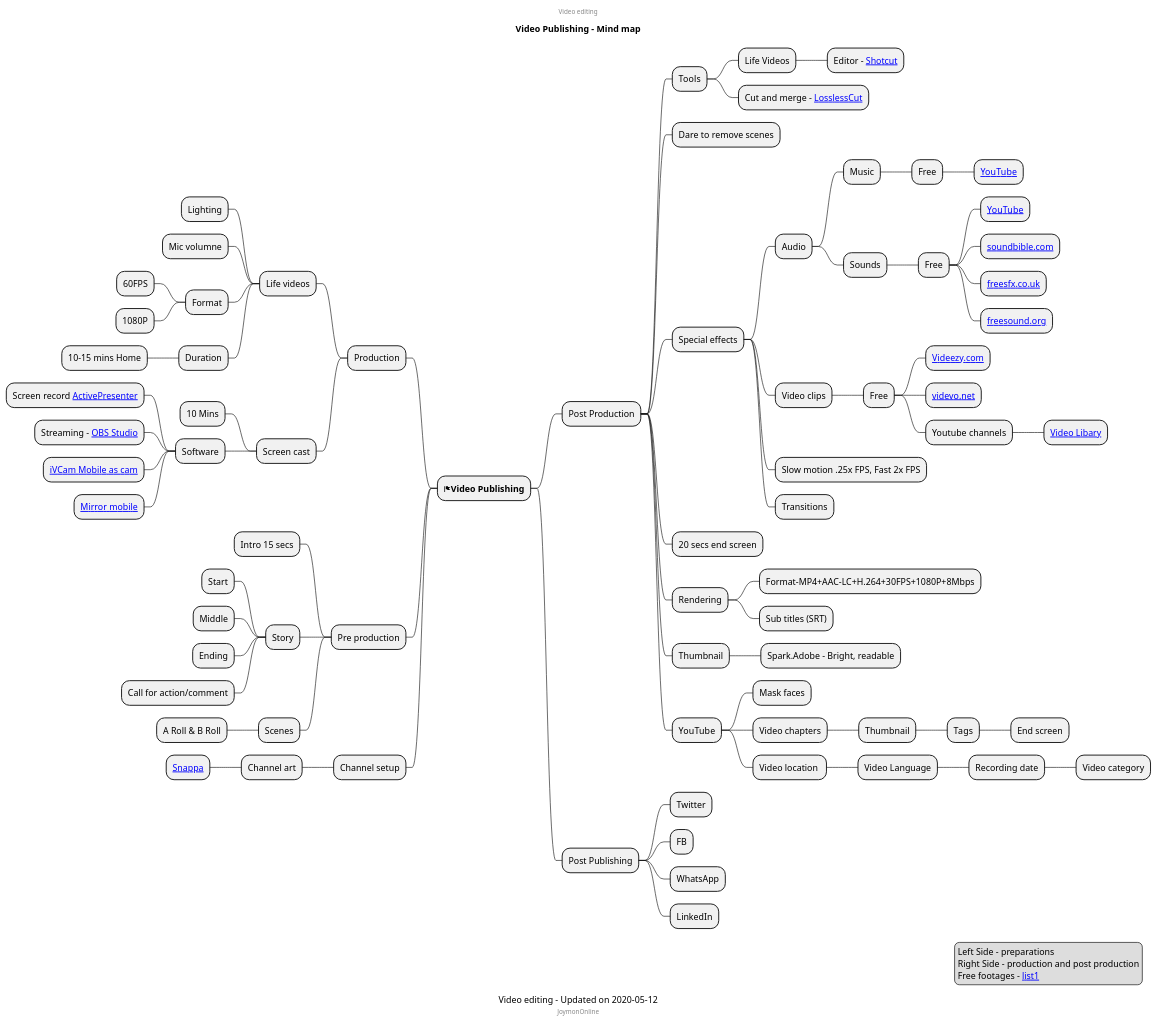
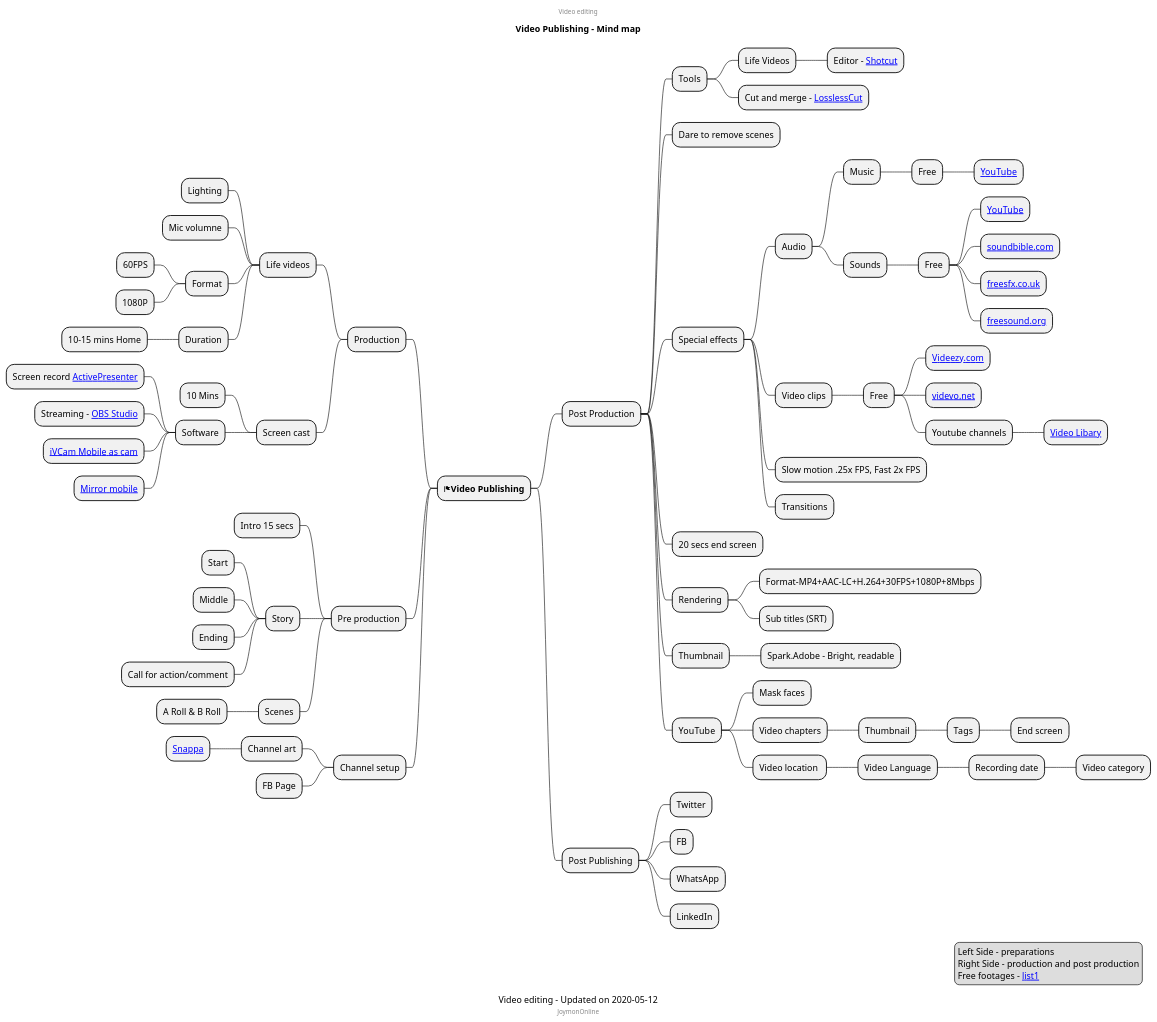
The diagram in media/video/publishing.puml (mind-maps/technology), drawn with PlantUML before and after one commit.

Commit message:
Added FB page to channel setup

```diff
--- a/media/video/publishing.puml
+++ b/media/video/publishing.puml
@@ -1,95 +1,96 @@
 @startmindmap
 caption Video editing - Updated on 2020-05-12
 title Video Publishing - Mind map
 center header
 Video editing
 endheader
 
 * <&flag><b>Video Publishing</b>
 
 ** Post Production
 *** Tools
 **** Life Videos
 ***** Editor - [[https://shotcut.org/download/ Shotcut]]
 **** Cut and merge - [[https://github.com/mifi/lossless-cut/releases LosslessCut]]
 
 *** Dare to remove scenes
 *** Special effects
 **** Audio
 ***** Music
 ****** Free
 ******* [[https://www.youtube.com/audiolibrary/music?nv=1 YouTube]]
 ***** Sounds
 ****** Free
 ******* [[https://www.youtube.com/audiolibrary/soundeffects?nv=1 YouTube]]
 ******* [[https://soundbible.com/ soundbible.com]]
 ******* [[https://freesfx.co.uk/ freesfx.co.uk]]
 ******* [[https://freesound.org/ freesound.org]]
 **** Video clips
 ***** Free
 ****** [[https://www.videezy.com/ Videezy.com]]
 ****** [[https://www.videvo.net/ videvo.net]]
 ****** Youtube channels
 ******* [[https://www.youtube.com/channel/UC8ScFr0TdBPz9bLElei6-VA/videos Video Libary]]
 **** Slow motion .25x FPS, Fast 2x FPS
 **** Transitions
 *** 20 secs end screen
 *** Rendering
 **** Format-MP4+AAC-LC+H.264+30FPS+1080P+8Mbps
 **** Sub titles (SRT)
 *** Thumbnail
 **** Spark.Adobe - Bright, readable
 *** YouTube
 **** Mask faces
 **** Video chapters
 ***** Thumbnail
 ****** Tags
 ******* End screen
 **** Video location 
 ***** Video Language
 ****** Recording date
 ******* Video category
 
 ** Post Publishing
 *** Twitter
 *** FB
 *** WhatsApp
 *** LinkedIn
 
 left side
 ** Production
 *** Life videos
 **** Lighting
 **** Mic volumne
 **** Format
 ***** 60FPS
 ***** 1080P
 **** Duration
 ***** 10-15 mins Home
 *** Screen cast
 **** 10 Mins
 **** Software
 ***** Screen record [[https://atomisystems.com/download/ ActivePresenter]]
 ***** Streaming - [[https://obsproject.com/download OBS Studio]]
 ***** [[https://www.e2esoft.com/ivcam/ iVCam Mobile as cam]]
 ***** [[https://www.apowersoft.com/phone-mirror Mirror mobile]]
 ** Pre production
 *** Intro 15 secs
 *** Story
 **** Start
 **** Middle
 **** Ending
 ****  Call for action/comment
 *** Scenes
 **** A Roll & B Roll
 ** Channel setup
 *** Channel art
 **** [[https://snappa.com/ Snappa]]
+*** FB Page
 center footer JoymonOnline
 
 legend right
   Left Side - preparations
   Right Side - production and post production
   Free footages - [[https://www.oberlo.com/blog/free-stock-video-websites list1]]
 endlegend
 @endmindmap
```
